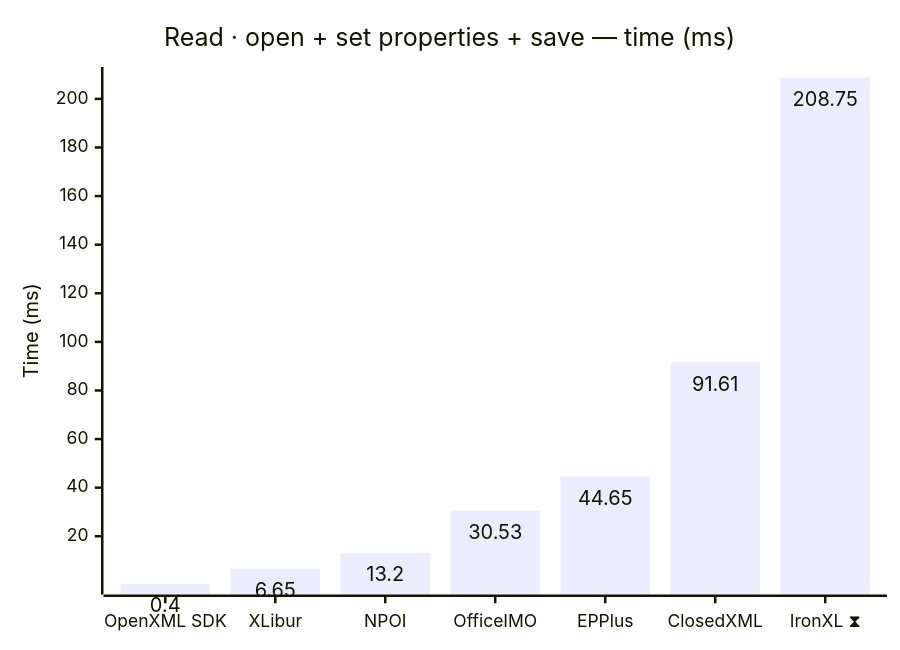
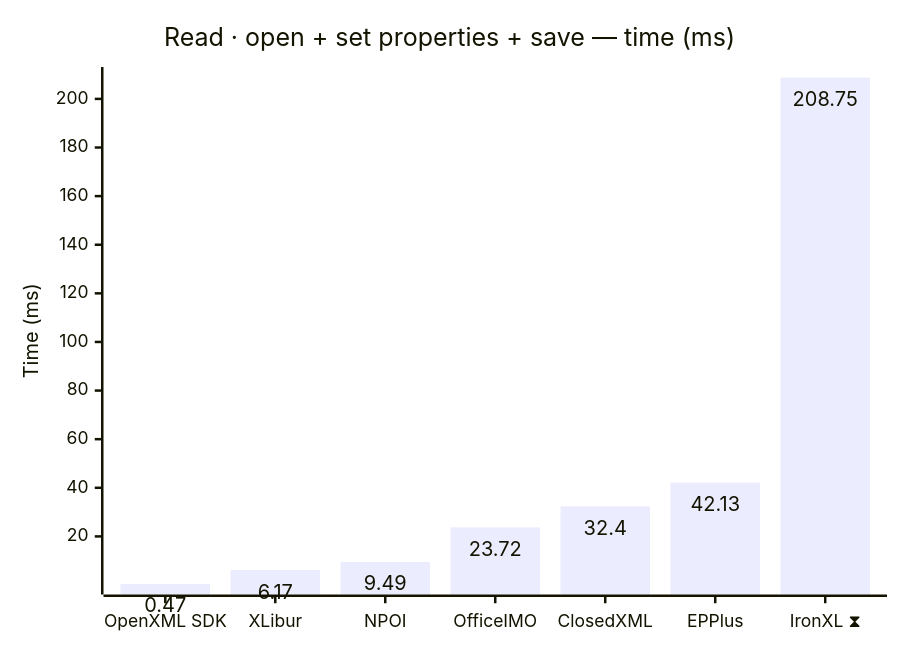
Before and after one commit to jafin/XLBench: the first of 18 diagrams in docs/results-ci.md, drawn with Mermaid. The commit also changed other lines of this file, not shown here.

````diff
--- a/docs/results-ci.md
+++ b/docs/results-ci.md
@@ -43,12 +43,12 @@
 ```mermaid
 ---
 config:
   xyChart:
     showDataLabel: true
 ---
 xychart-beta
     title "Read · open + set properties + save — time (ms)"
-    x-axis ["OpenXML SDK", "XLibur", "NPOI", "OfficeIMO", "EPPlus", "ClosedXML", "IronXL ⧗"]
+    x-axis ["OpenXML SDK", "XLibur", "NPOI", "OfficeIMO", "ClosedXML", "EPPlus", "IronXL ⧗"]
     y-axis "Time (ms)"
-    bar [0.4, 6.65, 13.2, 30.53, 44.65, 91.61, 208.75]
+    bar [0.47, 6.17, 9.49, 23.72, 32.4, 42.13, 208.75]
 ```
````
